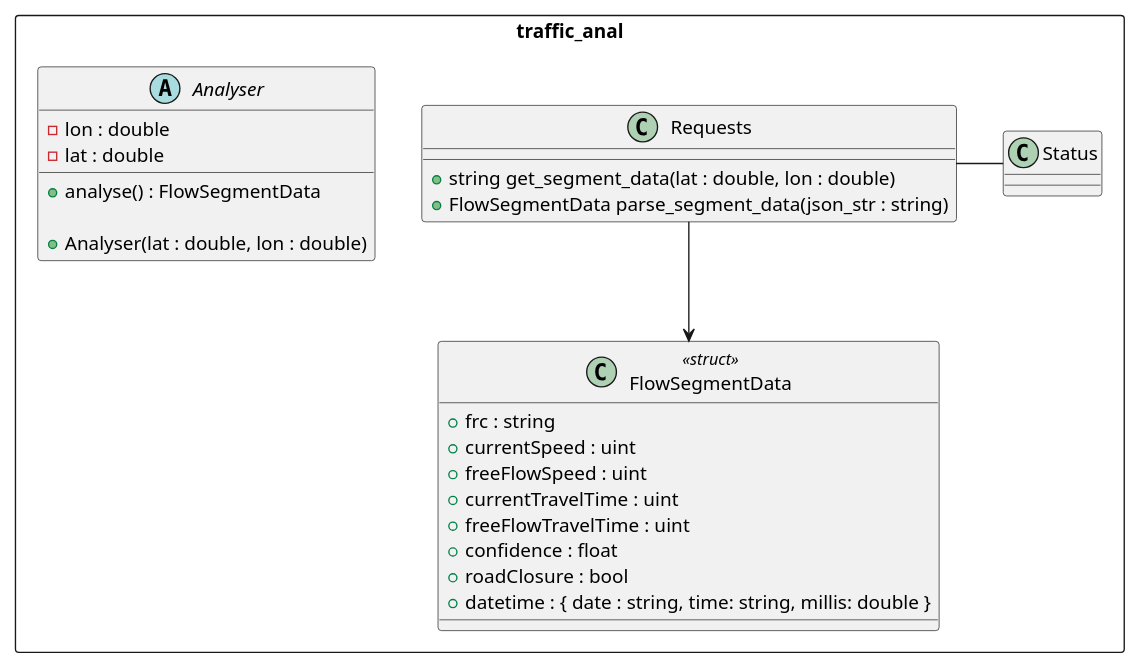
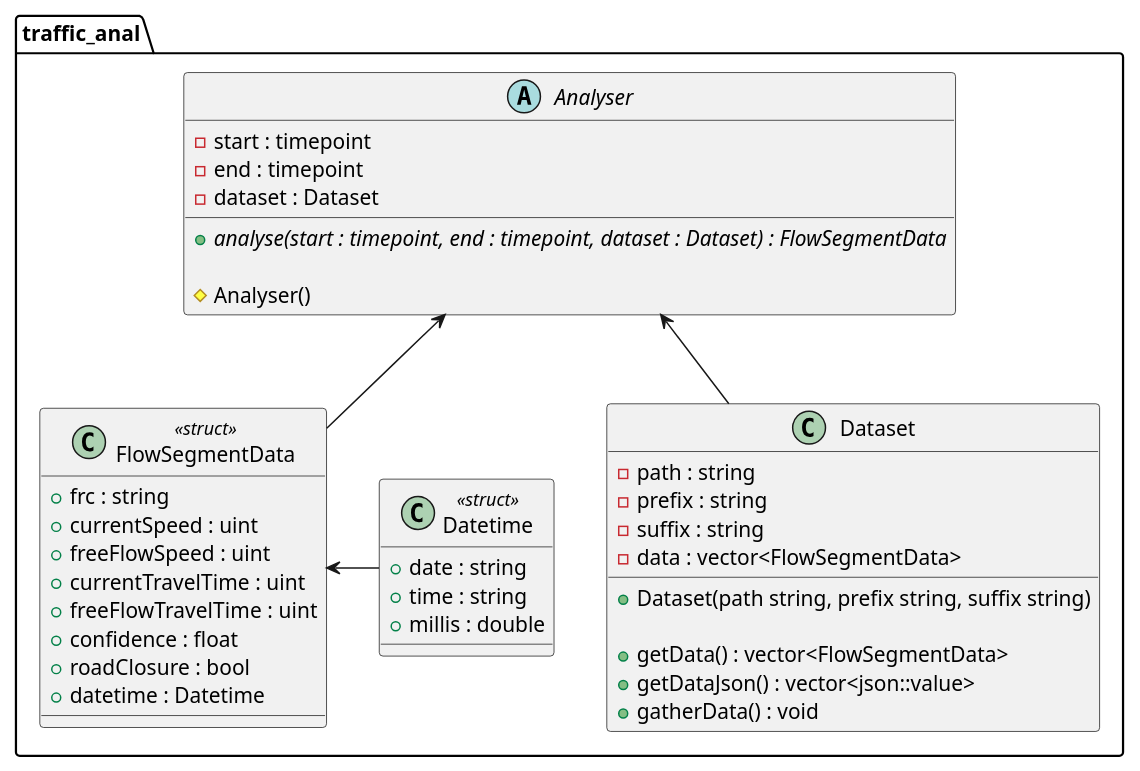
The diagram in doc/class.puml (A-A-Tel/TrafficAnal-CPP), drawn with PlantUML before and after one commit.

Commit message:
modified UML plan

```diff
--- a/doc/class.puml
+++ b/doc/class.puml
@@ -1,36 +1,52 @@
 @startuml
 scale 750 width
 set separator ::
 
-namespace traffic_anal <<Rectangle>> {
+namespace traffic_anal {
 
-	class Requests {
-		+string get_segment_data(lat : double, lon : double)
-		+FlowSegmentData parse_segment_data(json_str : string)
+	class Datetime <<struct>> {
+		+date : string
+		+time : string
+		+millis : double
 	}
 
 	class FlowSegmentData <<struct>> {
 		+frc : string
 		+currentSpeed : uint
 		+freeFlowSpeed : uint
 		+currentTravelTime : uint
 		+freeFlowTravelTime : uint
 		+confidence : float
 		+roadClosure : bool
-		+datetime : { date : string, time: string, millis: double }
+		+datetime : Datetime
+	}
+
+	class Dataset {
+		-path : string
+		-prefix : string
+		-suffix : string
+		-data : vector<FlowSegmentData>
+
+		+Dataset(path string, prefix string, suffix string)
+
+		+getData() : vector<FlowSegmentData>
+		+getDataJson() : vector<json::value>
+		+gatherData() : void
 	}
 
 	abstract class Analyser {
-		+analyse() : FlowSegmentData
+		-start : timepoint
+		-end : timepoint
+		-dataset : Dataset
 
-		+Analyser(lat : double, lon : double)
+		+analyse(start : timepoint, end : timepoint, dataset : Dataset) : FlowSegmentData {abstract}
 
-		-lon : double
-		-lat : double
+		#Analyser()
 	}
 }
 
-traffic_anal::Requests --> traffic_anal::FlowSegmentData
-traffic_anal::Requests - traffic_anal::Status
+traffic_anal::Analyser <-- traffic_anal::FlowSegmentData
+traffic_anal::Analyser <-- traffic_anal::Dataset
+traffic_anal::FlowSegmentData <- traffic_anal::Datetime
 
 @enduml
```
